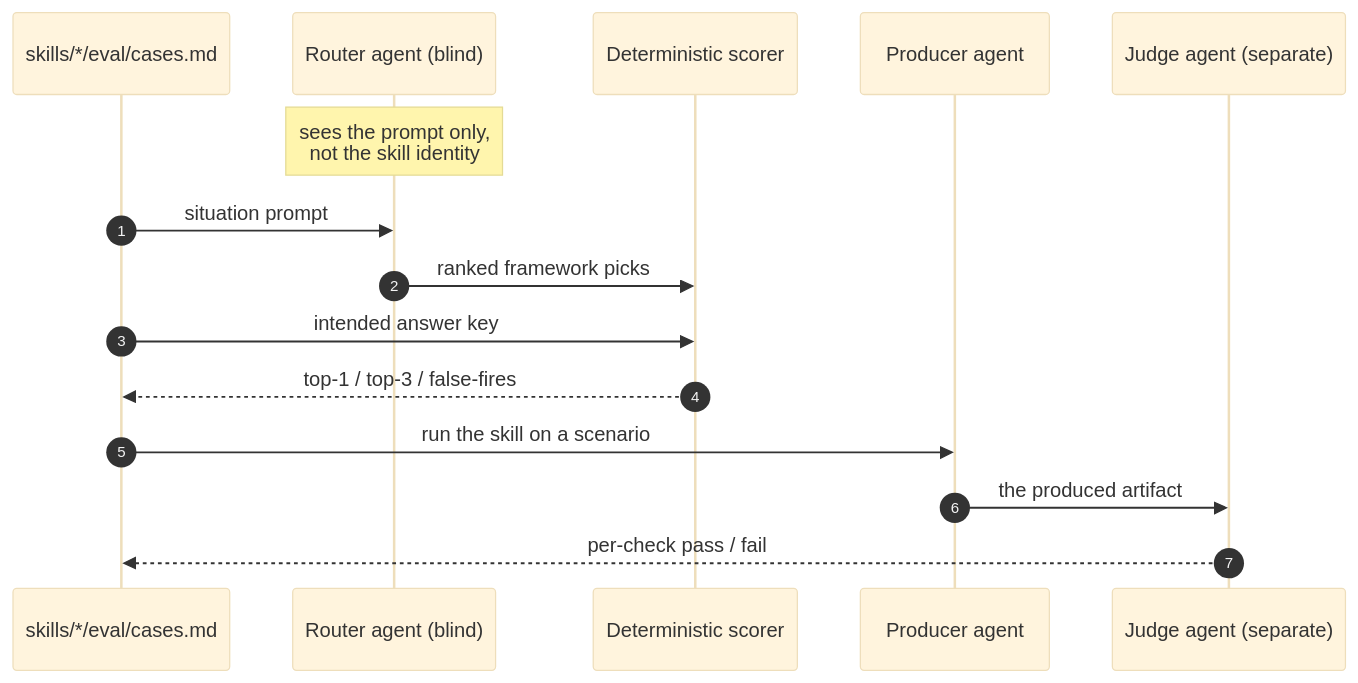
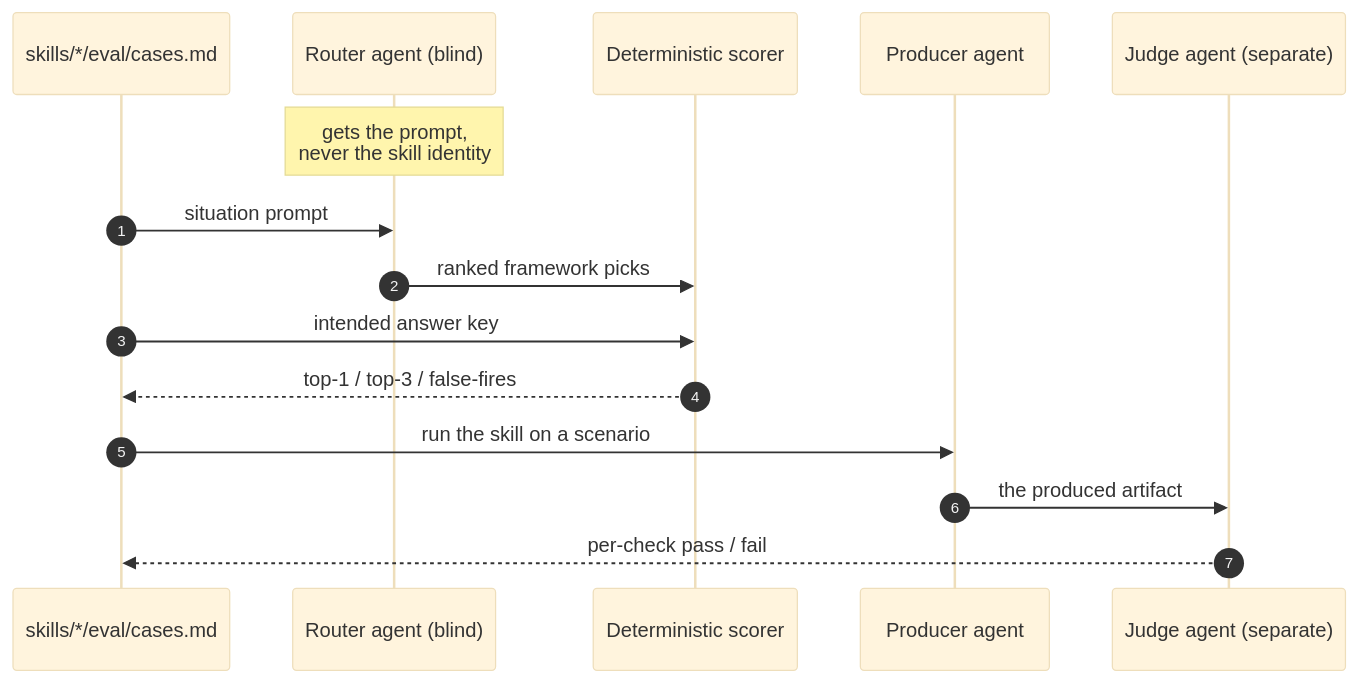
The diagram in site/src/content/docs/start/does-this-work.mdx (product-on-purpose/thinking-framework-skills), drawn with Mermaid (base theme) before and after one commit. The commit also changed other lines of this file and 13 other files, not shown here.

First line of the commit message:
docs(trust): correct three skill-selection claims after a router context audit (#229)

````diff
--- a/site/src/content/docs/start/does-this-work.mdx
+++ b/site/src/content/docs/start/does-this-work.mdx
@@ -64,17 +64,17 @@
 ```mermaid
 sequenceDiagram
   autonumber
   participant Cases as skills/*/eval/cases.md
   participant Router as Router agent (blind)
   participant Scorer as Deterministic scorer
   participant Producer as Producer agent
   participant Judge as Judge agent (separate)
-  Note over Router: sees the prompt only,<br/>not the skill identity
+  Note over Router: gets the prompt,<br/>never the skill identity
   Cases->>Router: situation prompt
   Router->>Scorer: ranked framework picks
   Cases->>Scorer: intended answer key
   Scorer-->>Cases: top-1 / top-3 / false-fires
   Cases->>Producer: run the skill on a scenario
   Producer->>Judge: the produced artifact
   Judge-->>Cases: per-check pass / fail
 ```
````
